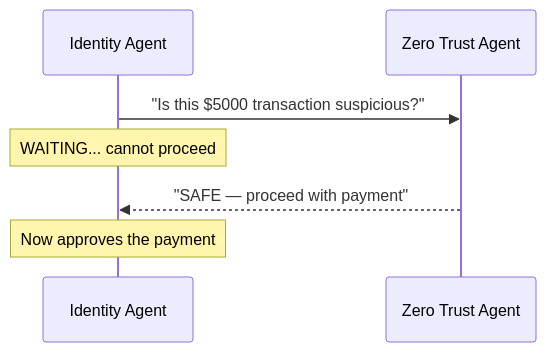
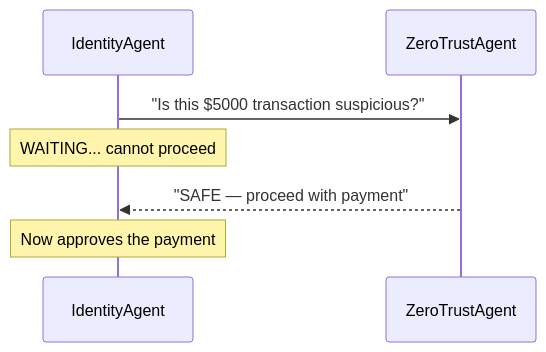
One commit to Sujalkathait/-AI-Agent-Security-Playbook. changed diagram 19 of 53 in AI Agent Communication.md. Above: the diagram before and after it, drawn with Mermaid. The commit also changed other lines of this file, not shown here.

Commit message:
fix: resolve mermaid syntax errors by removing spaces from node IDs

````diff
--- a/AI Agent Communication.md
+++ b/AI Agent Communication.md
@@ -568,10 +568,10 @@
 ```mermaid
 sequenceDiagram
-  participant Payment as Identity Agent
-  participant Fraud as Zero Trust Agent
+  participant Payment as IdentityAgent
+  participant Fraud as ZeroTrustAgent
 
   Payment->>Fraud: "Is this $5000 transaction suspicious?"
   Note over Payment: WAITING... cannot proceed
   Fraud-->>Payment: "SAFE — proceed with payment"
   Note over Payment: Now approves the payment
 ```
````
